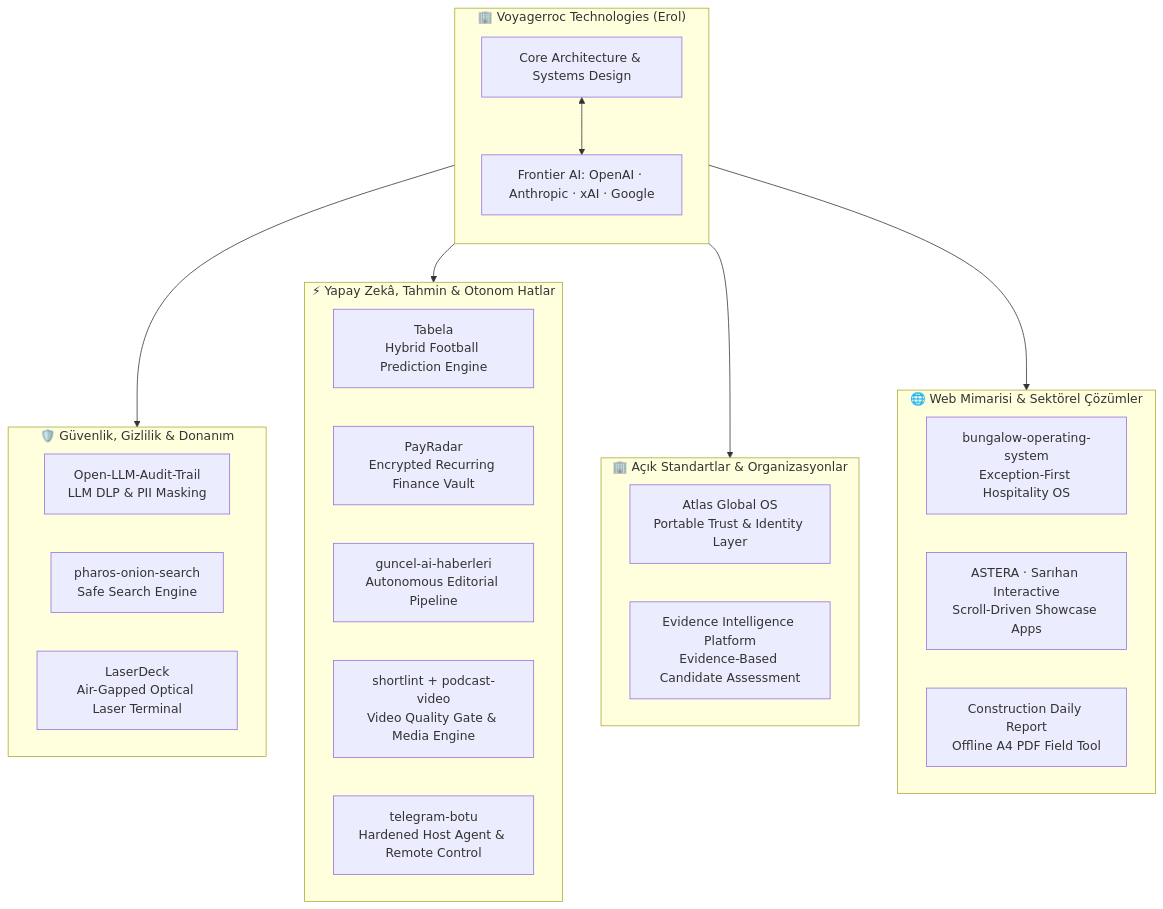
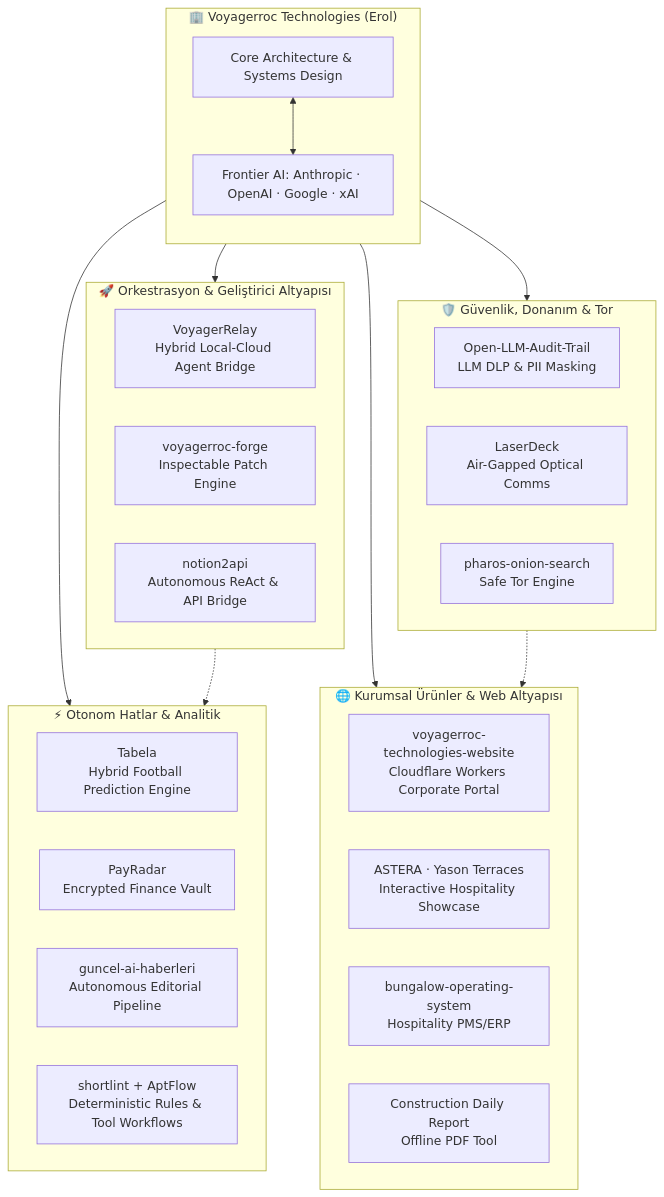
Before and after one commit to Voyagerroc/Voyagerroc: the diagram in README.md, drawn with Mermaid. The commit also changed other lines of this file and 1 other file, not shown here.

Commit message:
docs: highlight VoyagerRelay, update portfolio architecture and elevate UI/UX

````diff
--- a/README.md
+++ b/README.md
@@ -84,39 +112,42 @@
 ```mermaid
 flowchart TB
     subgraph ME["🏢 Voyagerroc Technologies (Erol)"]
         direction TB
         CORE["Core Architecture & Systems Design"]
-        AI_STACK["Frontier AI: OpenAI · Anthropic · xAI · Google"]
+        AI_STACK["Frontier AI: Anthropic · OpenAI · Google · xAI"]
         CORE <--> AI_STACK
     end
 
-    subgraph SEC["🛡️ Güvenlik, Gizlilik & Donanım"]
-        S1["Open-LLM-Audit-Trail<br/>LLM DLP & PII Masking"]
-        S2["pharos-onion-search<br/>Safe Search Engine"]
-        S3["LaserDeck<br/>Air-Gapped Optical Laser Terminal"]
+    subgraph ORCH["🚀 Orkestrasyon & Geliştirici Altyapısı"]
+        R1["VoyagerRelay<br/>Hybrid Local-Cloud Agent Bridge"]
+        R2["voyagerroc-forge<br/>Inspectable Patch Engine"]
+        R3["notion2api<br/>Autonomous ReAct & API Bridge"]
     end
 
-    subgraph AI["⚡ Yapay Zekâ, Tahmin & Otonom Hatlar"]
-        A1["Tabela<br/>Hybrid Football Prediction Engine"]
-        A2["PayRadar<br/>Encrypted Recurring Finance Vault"]
-        A3["guncel-ai-haberleri<br/>Autonomous Editorial Pipeline"]
-        A4["shortlint + podcast-video<br/>Video Quality Gate & Media Engine"]
-        A5["telegram-botu<br/>Hardened Host Agent & Remote Control"]
+    subgraph SEC["🛡️ Güvenlik, Donanım & Tor"]
+        S1["Open-LLM-Audit-Trail<br/>LLM DLP & PII Masking"]
+        S2["LaserDeck<br/>Air-Gapped Optical Comms"]
+        S3["pharos-onion-search<br/>Safe Tor Engine"]
     end
 
-    subgraph ORG["🏢 Açık Standartlar & Organizasyonlar"]
-        O1["Atlas Global OS<br/>Portable Trust & Identity Layer"]
-        O2["Evidence Intelligence Platform<br/>Evidence-Based Candidate Assessment"]
+    subgraph AI["⚡ Otonom Hatlar & Analitik"]
+        A1["Tabela<br/>Hybrid Football Prediction Engine"]
+        A2["PayRadar<br/>Encrypted Finance Vault"]
+        A3["guncel-ai-haberleri<br/>Autonomous Editorial Pipeline"]
+        A4["shortlint + AptFlow<br/>Deterministic Rules & Tool Workflows"]
     end
 
-    subgraph WEB["🌐 Web Mimarisi & Sektörel Çözümler"]
-        W1["bungalow-operating-system<br/>Exception-First Hospitality OS"]
-        W2["ASTERA · Sarıhan Interactive<br/>Scroll-Driven Showcase Apps"]
-        W3["Construction Daily Report<br/>Offline A4 PDF Field Tool"]
+    subgraph WEB["🌐 Kurumsal Ürünler & Web Altyapısı"]
+        W1["voyagerroc-technologies-website<br/>Cloudflare Workers Corporate Portal"]
+        W2["ASTERA · Yason Terraces<br/>Interactive Hospitality Showcase"]
+        W3["bungalow-operating-system<br/>Hospitality PMS/ERP"]
+        W4["Construction Daily Report<br/>Offline PDF Tool"]
     end
 
+    ME --> ORCH
     ME --> SEC
     ME --> AI
-    ME --> ORG
     ME --> WEB
+    ORCH -.-> AI
+    SEC -.-> WEB
 ```
````
